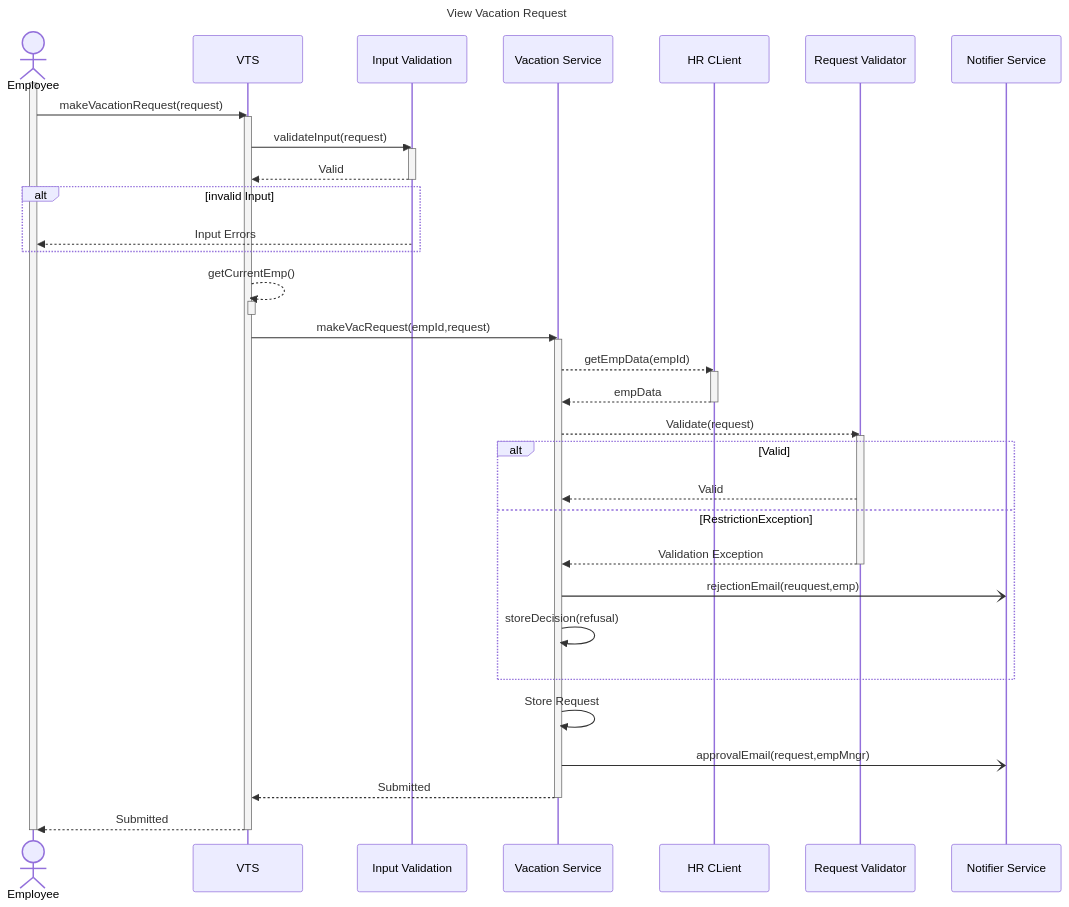
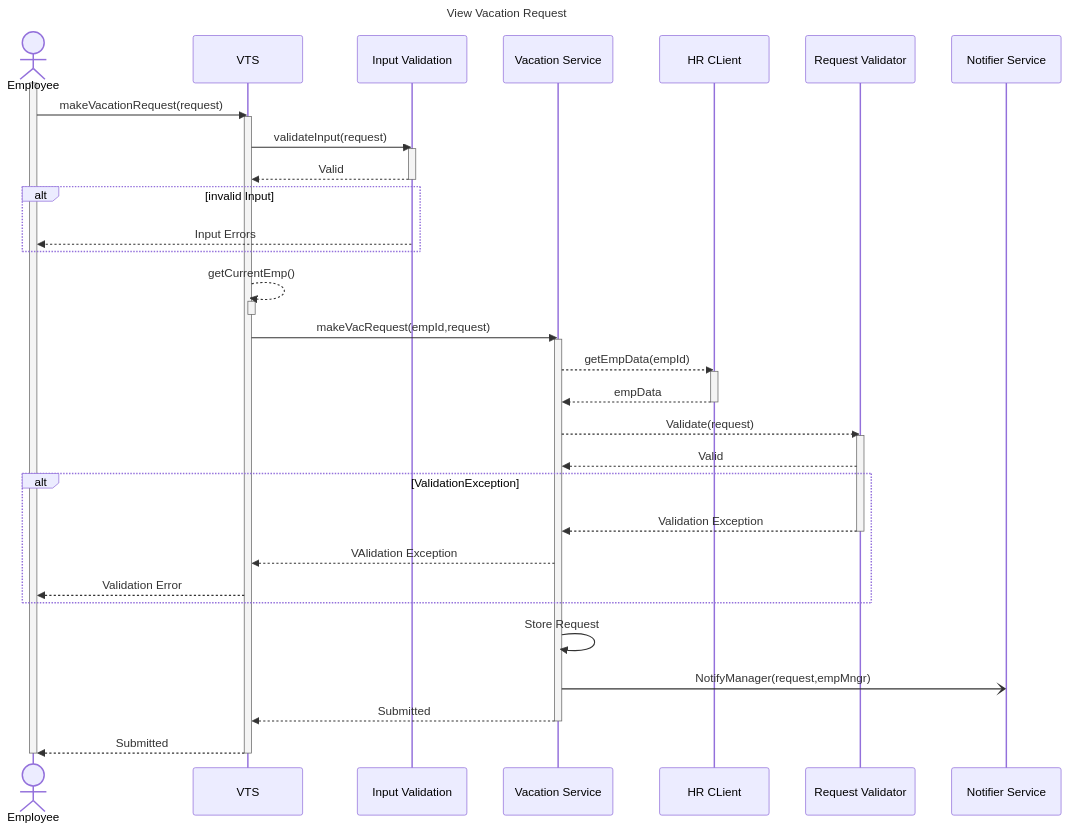
The fourth of 5 diagrams in design.md (Abdelfattah97/VTS), drawn with Mermaid before and after one commit. The commit also changed other lines of this file and 1 other file, not shown here.

Commit message:
Added Edit Vacation Request seq & pseudo

````diff
--- a/design.md
+++ b/design.md
@@ -278,50 +284,49 @@
 ```mermaid
 sequenceDiagram
 
 title View Vacation Request
 
 Actor Employee
 participant VTS
 participant Input as Input Validation
 participant Vac as Vacation Service
 participant HR as HR CLient
 participant Validation as Request Validator
 participant Notifier Service
 Activate Employee
 Employee->>VTS:makeVacationRequest(request)
 Activate VTS
 VTS->>Input:validateInput(request)
 activate Input
 Input-->>VTS: Valid
 deactivate Input
 alt invalid Input
 Input -->> Employee: Input Errors
 end
 VTS-->>VTS:getCurrentEmp()
 Activate VTS
 Deactivate VTS
 VTS->>Vac:makeVacRequest(empId,request)
 activate Vac
 Vac -->> HR: getEmpData(empId)
 activate HR
 HR -->>Vac:empData
 deactivate HR
 Vac -->> Validation: Validate(request)
 Activate Validation
-alt Valid
 Validation -->> Vac:Valid
-else RestrictionException
+alt ValidationException
 Validation -->> Vac: Validation Exception
 deactivate Validation
-Vac -) Notifier Service: rejectionEmail(reuquest,emp)
-Vac ->> Vac: storeDecision(refusal)
+Vac -->> VTS: VAlidation Exception
+VTS -->> Employee: Validation Error
 end
 Vac ->> Vac:Store Request
-Vac -) Notifier Service:approvalEmail(request,empMngr)
+Vac -) Notifier Service:NotifyManager(request,empMngr)
 Vac-->>VTS:Submitted
 deactivate Vac
 VTS-->>Employee:Submitted
 Deactivate VTS
 
 Deactivate Employee
 ```
````
